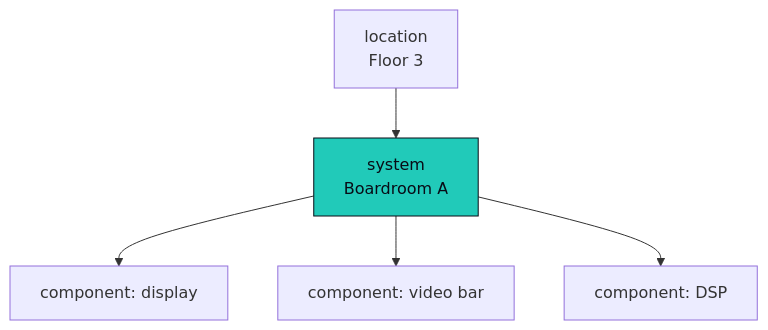
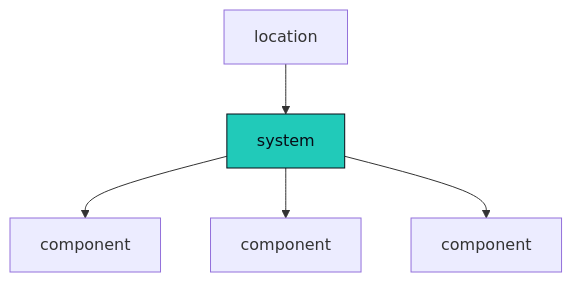
Before and after one commit to hyperscaleav/omniglass: the first of 2 diagrams in docs/src/content/docs/architecture/index.md, drawn with Mermaid. The commit also changed other lines of this file, not shown here.

First line of the commit message:
docs(architecture): rewrite the Overview in the AV-teaching voice, apply review fixes

````diff
--- a/docs/src/content/docs/architecture/index.md
+++ b/docs/src/content/docs/architecture/index.md
@@ -19,9 +30,9 @@
 ```mermaid
 flowchart TD
-  L["location<br/>Floor 3"] --> S["system<br/>Boardroom A"]
-  S --> C1["component: display"]
-  S --> C2["component: video bar"]
-  S --> C3["component: DSP"]
+  L["location"] --> S["system"]
+  S --> C1["component"]
+  S --> C2["component"]
+  S --> C3["component"]
   classDef s fill:#21CAB9,stroke:#080c16,color:#080c16;
   class S s;
 ```
````
